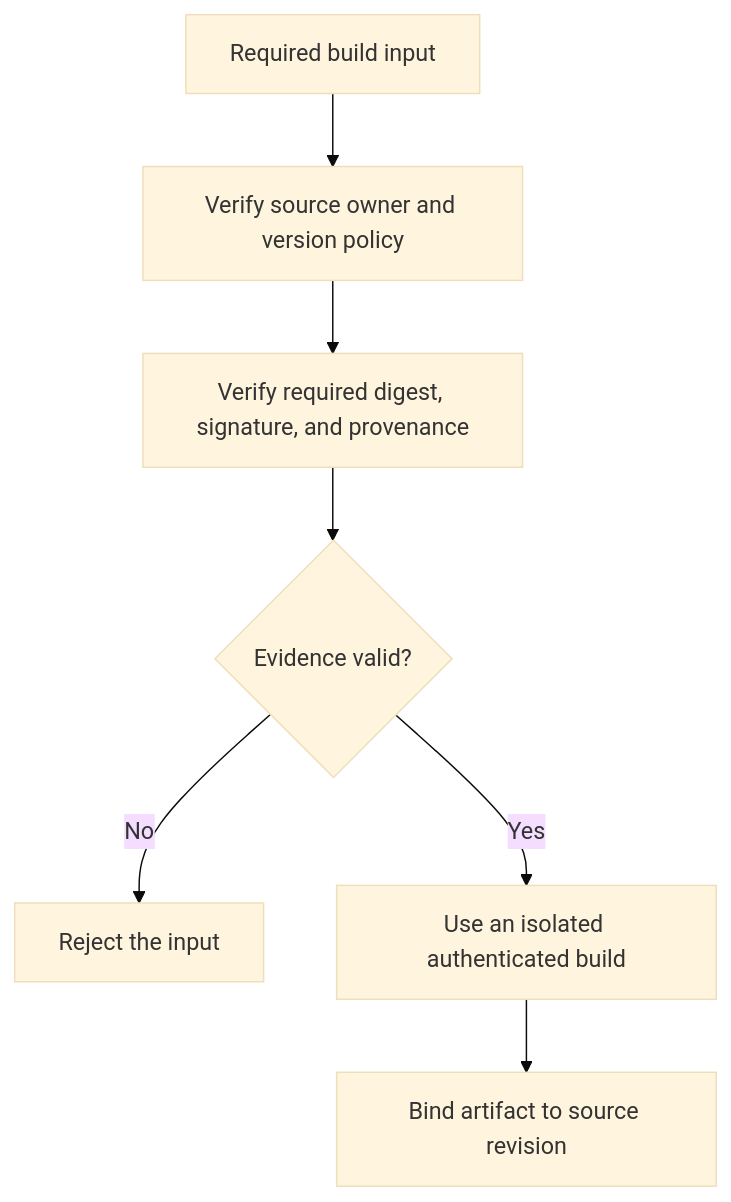
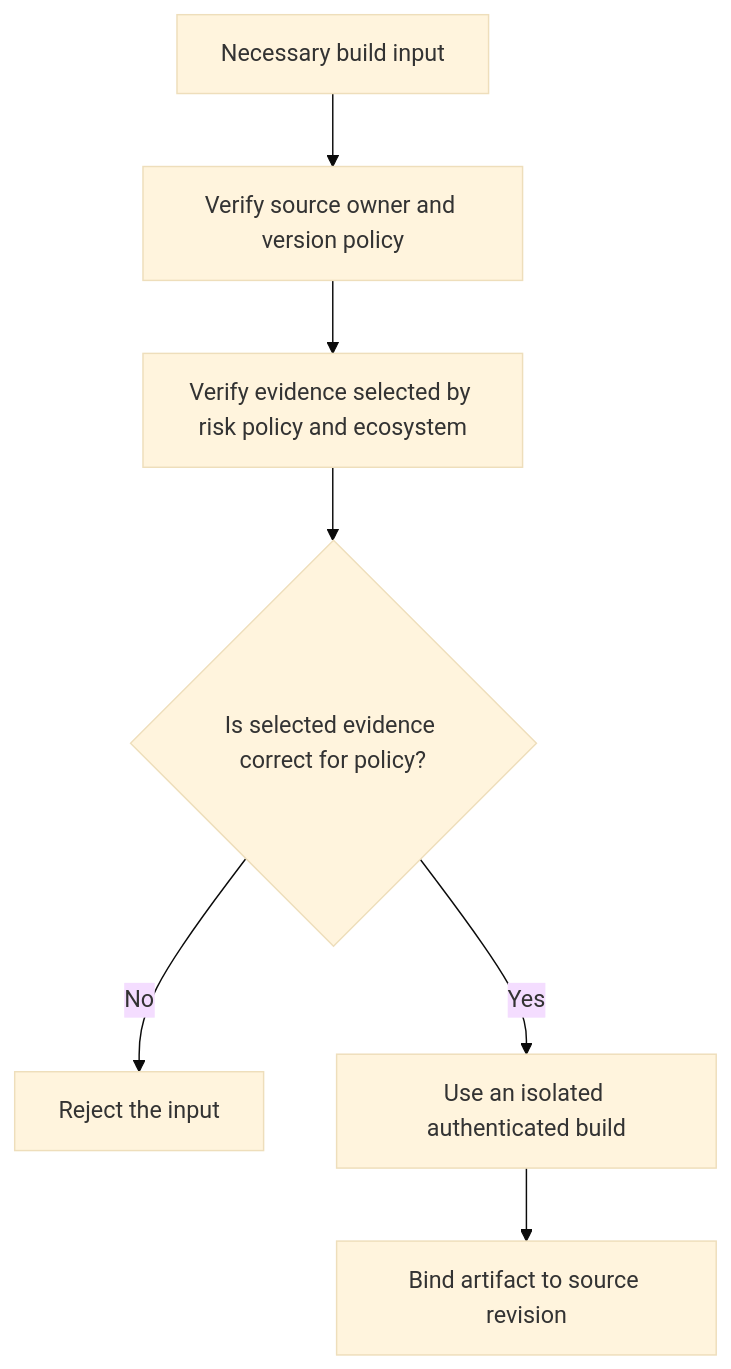
The diagram in docs/principles/details/p057-supply-chain-integrity.md (HomericIntelligence/Athena), drawn with Mermaid (base theme) before and after one commit. The commit also changed other lines of this file and 91 other files, not shown here.

````diff
--- a/docs/principles/details/p057-supply-chain-integrity.md
+++ b/docs/principles/details/p057-supply-chain-integrity.md
@@ -37,9 +40,9 @@
 ```mermaid
 flowchart TD
-    A["Required build input"] --> B["Verify source owner and version policy"]
-    B --> C["Verify required digest, signature, and provenance"]
-    C --> D{"Evidence valid?"}
+    A["Necessary build input"] --> B["Verify source owner and version policy"]
+    B --> C["Verify evidence selected by risk policy and ecosystem"]
+    C --> D{"Is selected evidence correct for policy?"}
     D -- "No" --> E["Reject the input"]
     D -- "Yes" --> F["Use an isolated authenticated build"]
     F --> G["Bind artifact to source revision"]
 ```
````
